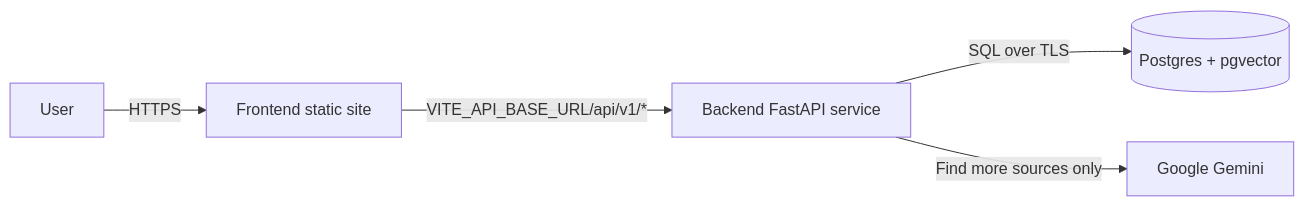
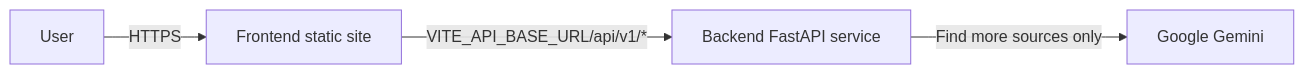
Before and after one commit to ashkaranha/SubmarineCablesNU: the diagram in README.md, drawn with Mermaid. The commit also changed other lines of this file and 3 other files, not shown here.

First line of the commit message:
Fix silent map hang on dark-mode style failure; sync docs with search architecture

````diff
--- a/README.md
+++ b/README.md
@@ -66,7 +62,6 @@
 ```mermaid
 flowchart LR
     User -->|HTTPS| FE[Frontend static site]
     FE -->|"VITE_API_BASE_URL/api/v1/*"| BE[Backend FastAPI service]
-    BE -->|SQL over TLS| DB[(Postgres + pgvector)]
     BE -->|"Find more sources" only| Gemini[Google Gemini]
 ```
````
